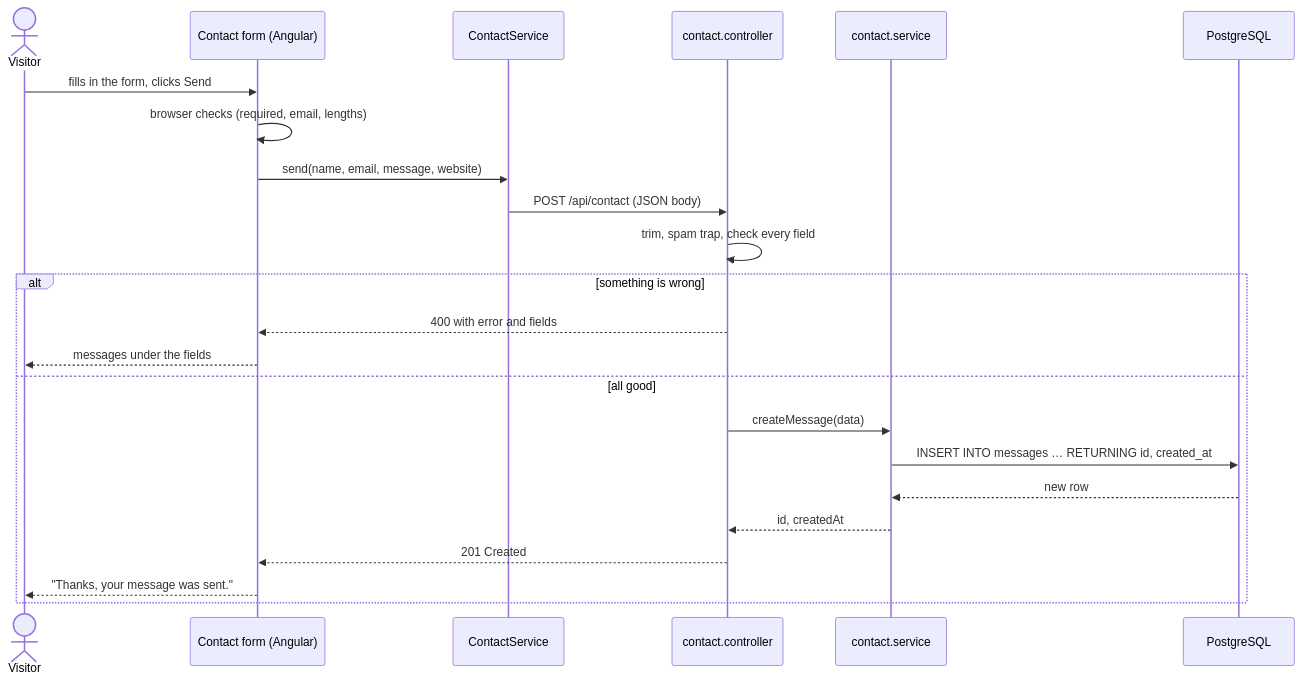
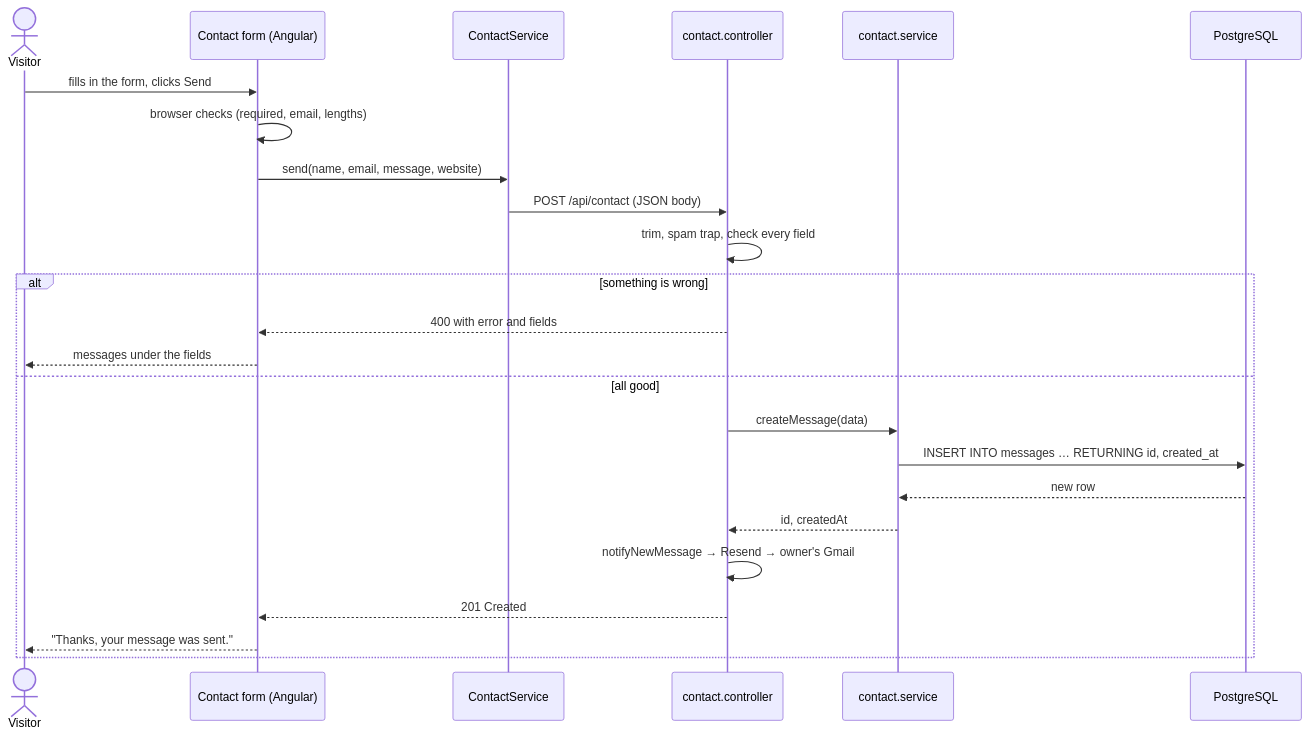
One commit to mdevaangini/portfolio changed the fourth of 4 diagrams in docs/06-end-to-end-data-flow.md. Above: the diagram before and after it, drawn with Mermaid. The commit also changed other lines of this file and 8 other files, not shown here.

````diff
--- a/docs/06-end-to-end-data-flow.md
+++ b/docs/06-end-to-end-data-flow.md
@@ -186,26 +187,27 @@
 ```mermaid
 sequenceDiagram
     actor V as Visitor
     participant F as Contact form (Angular)
     participant S as ContactService
     participant Ctl as contact.controller
     participant Svc as contact.service
     participant DB as PostgreSQL
 
     V->>F: fills in the form, clicks Send
     F->>F: browser checks (required, email, lengths)
     F->>S: send(name, email, message, website)
     S->>Ctl: POST /api/contact (JSON body)
     Ctl->>Ctl: trim, spam trap, check every field
     alt something is wrong
         Ctl-->>F: 400 with error and fields
         F-->>V: messages under the fields
     else all good
         Ctl->>Svc: createMessage(data)
         Svc->>DB: INSERT INTO messages … RETURNING id, created_at
         DB-->>Svc: new row
         Svc-->>Ctl: id, createdAt
+        Ctl->>Ctl: notifyNewMessage → Resend → owner's Gmail
         Ctl-->>F: 201 Created
         F-->>V: "Thanks, your message was sent."
     end
 ```
````
